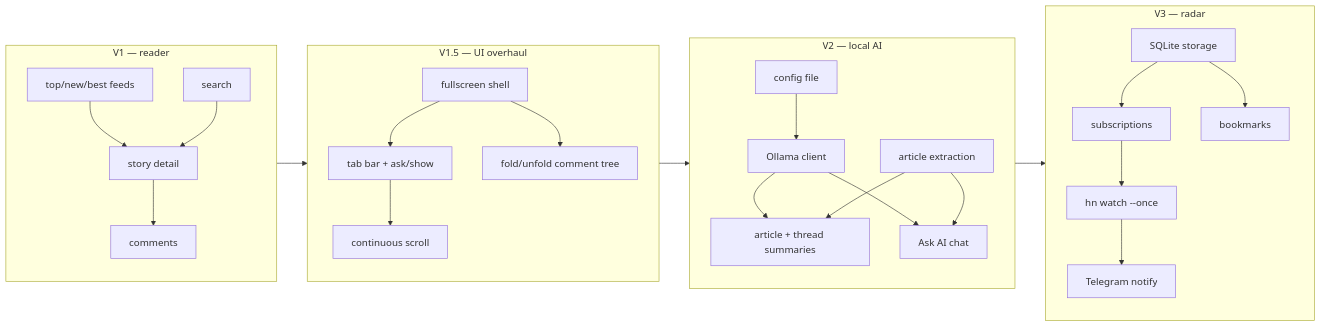
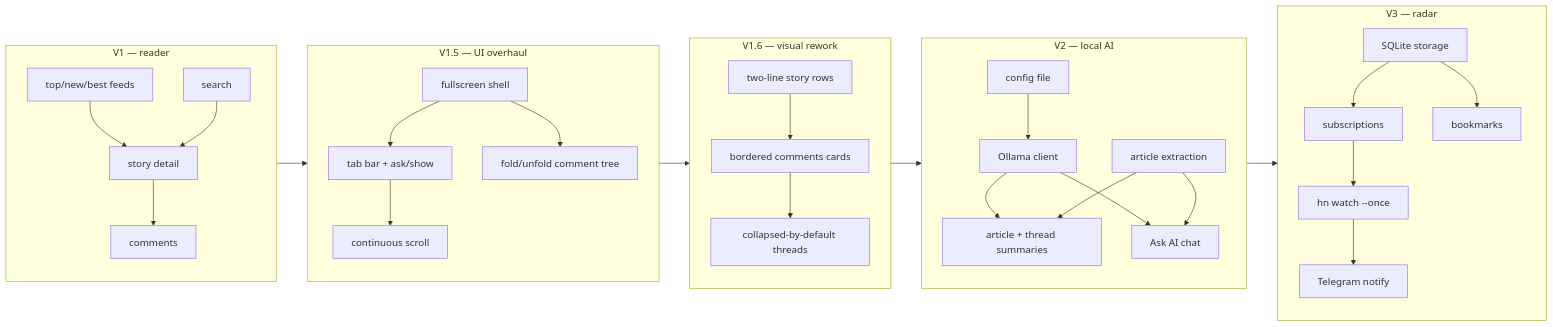
The diagram in specs/README.md (navinrc/hn-bits), drawn with Mermaid before and after one commit. The commit also changed other lines of this file and 3 other files, not shown here.

First line of the commit message:
docs(spec): V1.6 story row + comments visual rework

````diff
--- a/specs/README.md
+++ b/specs/README.md
@@ -16,25 +17,29 @@
 ```mermaid
 flowchart LR
     subgraph V1 [V1 — reader]
         A[top/new/best feeds] --> B[story detail] --> C[comments]
         S[search] --> B
     end
     subgraph V15 [V1.5 — UI overhaul]
         U[fullscreen shell] --> V[tab bar + ask/show]
         V --> W[continuous scroll]
         U --> X[fold/unfold comment tree]
+    end
+    subgraph V16 [V1.6 — visual rework]
+        Y[two-line story rows] --> Z[bordered comments cards]
+        Z --> AA[collapsed-by-default threads]
     end
     subgraph V2 [V2 — local AI]
         D[config file] --> E[Ollama client]
         E --> F[article + thread summaries]
         E --> G[Ask AI chat]
         H[article extraction] --> F & G
     end
     subgraph V3 [V3 — radar]
         I[SQLite storage] --> J[subscriptions]
         J --> K[hn watch --once]
         K --> L[Telegram notify]
         I --> M[bookmarks]
     end
-    V1 --> V15 --> V2 --> V3
+    V1 --> V15 --> V16 --> V2 --> V3
 ```
````
